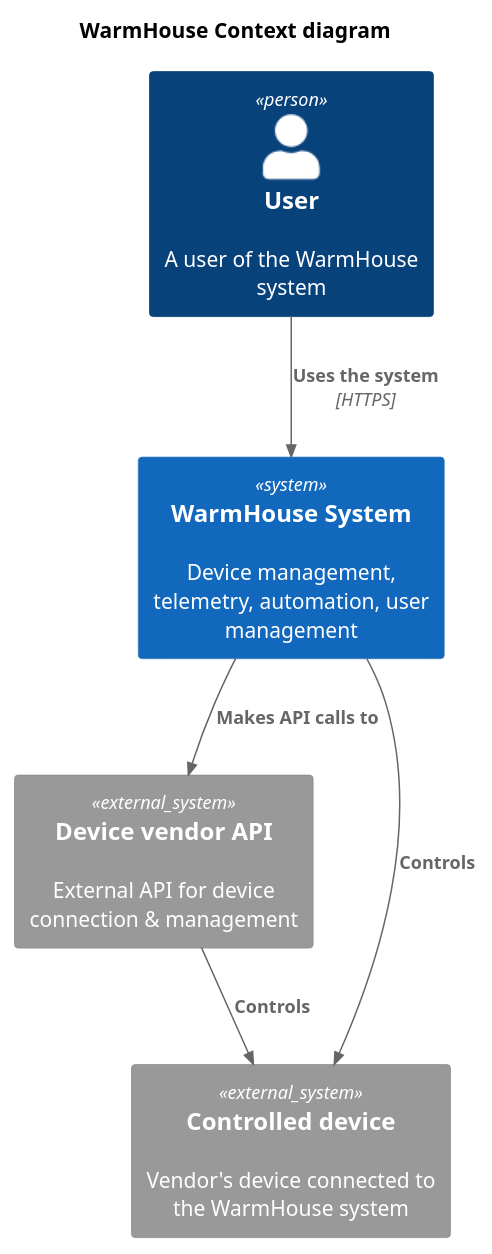
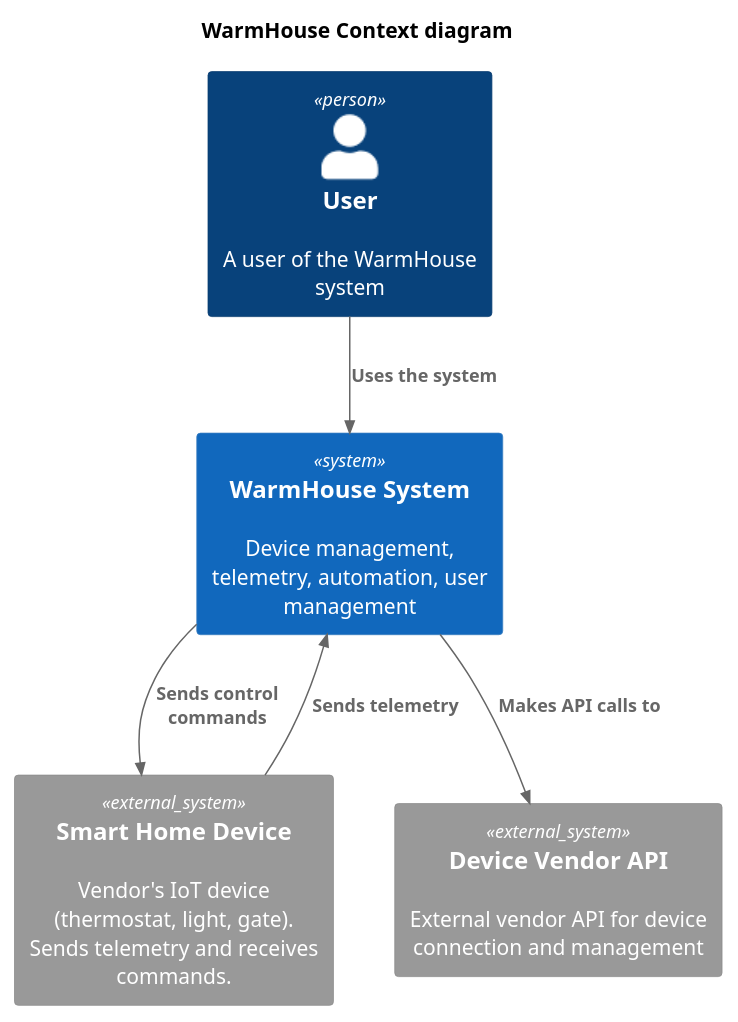
Before and after one commit to eugene-milostivenko/arch_01: the diagram in diagrams/context.puml, drawn with PlantUML.

Commit message:
update context

```diff
--- a/diagrams/context.puml
+++ b/diagrams/context.puml
@@ -1,20 +1,20 @@
 @startuml
 title WarmHouse Context diagram
 
 top to bottom direction
 
-!include  https://raw.githubusercontent.com/plantuml-stdlib/C4-PlantUML/master/C4_Container.puml
+!include  https://raw.githubusercontent.com/plantuml-stdlib/C4-PlantUML/master/C4_Context.puml
 
 Person(user, "User", "A user of the WarmHouse system")
 
 System(WarmhouseSystem, "WarmHouse System", "Device management, telemetry, automation, user management")
 
-System_Ext(api, "Device vendor API", "External API for device connection & management")
-System_Ext(device, "Controlled device", "Vendor's device connected to the WarmHouse system")
+System_Ext(device, "Smart Home Device", "Vendor's IoT device (thermostat, light, gate). Sends telemetry and receives commands.")
+System_Ext(api,    "Device Vendor API", "External vendor API for device connection and management")
 
-Rel(user, WarmhouseSystem, "Uses the system", "HTTPS")
-Rel(WarmhouseSystem,api,"Makes API calls to")
-Rel(WarmhouseSystem,device,"Controls")
-Rel(api,device,"Controls")
+Rel(user,            WarmhouseSystem, "Uses the system")
+Rel(device,          WarmhouseSystem, "Sends telemetry")
+Rel(WarmhouseSystem, device,          "Sends control commands")
+Rel(WarmhouseSystem, api,             "Makes API calls to")
 
 @enduml
```
